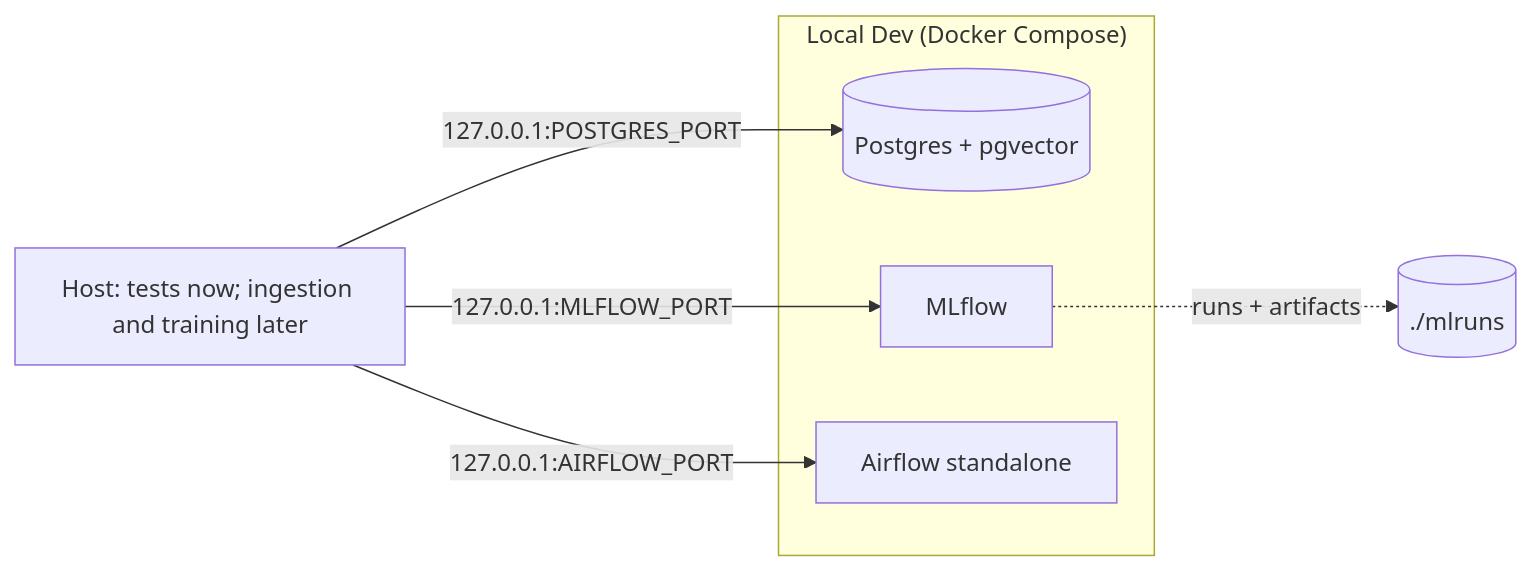
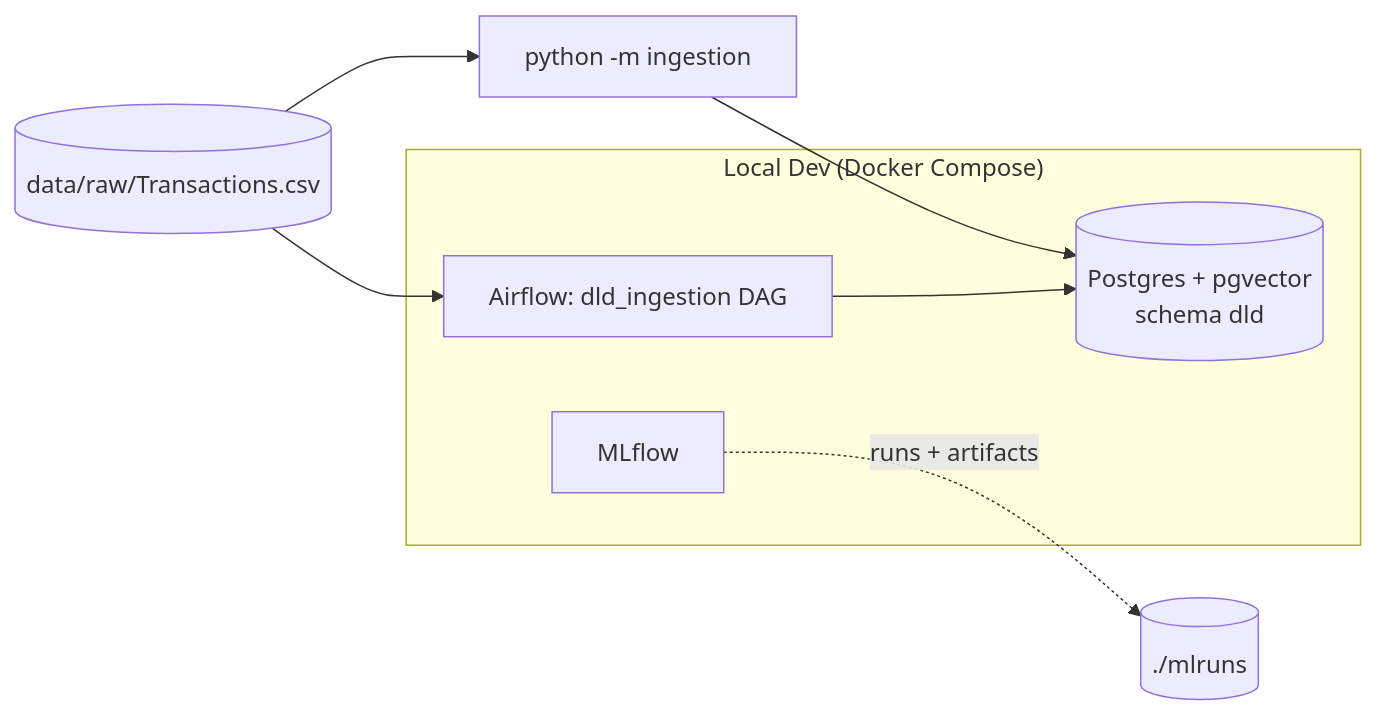
Before and after one commit to chiragn28/Dubimator: the diagram in README.md, drawn with Mermaid. The commit also changed other lines of this file and 1 other file, not shown here.

Commit message:
docs: document DLD data provenance, exclusion counts, and ingestion

````diff
--- a/README.md
+++ b/README.md
@@ -12,14 +12,14 @@
 ```mermaid
 graph LR
-    Host["Host: tests now; ingestion and training later"]
+    CSV[("data/raw/Transactions.csv")]
+    CLI["python -m ingestion"]
     subgraph "Local Dev (Docker Compose)"
-        PG[(Postgres + pgvector)]
+        AF[Airflow: dld_ingestion DAG]
+        PG[(Postgres + pgvector<br/>schema dld)]
         ML[MLflow]
-        AF[Airflow standalone]
     end
     MLRUNS[("./mlruns")]
-    Host -->|"127.0.0.1:POSTGRES_PORT"| PG
-    Host -->|"127.0.0.1:MLFLOW_PORT"| ML
-    Host -->|"127.0.0.1:AIRFLOW_PORT"| AF
+    CSV --> CLI --> PG
+    CSV --> AF --> PG
     ML -.->|"runs + artifacts"| MLRUNS
 ```
````
